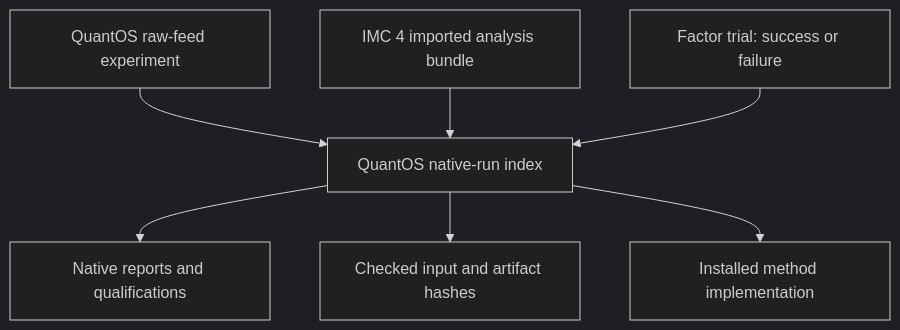
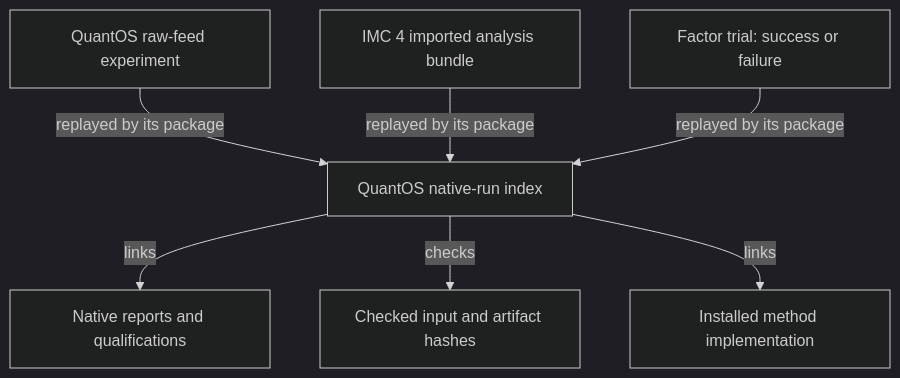
One commit to oscar-chw/agentic-quant-research changed the diagram in apps/quantos/docs/run-index.md. Above: the diagram before and after it, drawn with Mermaid (dark theme). The commit also changed 9 other files, not shown here.

Commit message:
docs: make diagrams legible at README width

````diff
--- a/apps/quantos/docs/run-index.md
+++ b/apps/quantos/docs/run-index.md
@@ -14,9 +14,9 @@
 ```mermaid
 flowchart TB
-    A[QuantOS raw-feed experiment] --> I[QuantOS native-run index]
-    C[IMC 4 imported analysis bundle] --> I
-    D[Factor trial: success or failure] --> I
-    I --> R[Native reports and qualifications]
-    I --> S[Checked input and artifact hashes]
-    I --> M[Installed method implementation]
+    A[QuantOS raw-feed experiment] -->|replayed by its package| I[QuantOS native-run index]
+    C[IMC 4 imported analysis bundle] -->|replayed by its package| I
+    D[Factor trial: success or failure] -->|replayed by its package| I
+    I -->|links| R[Native reports and qualifications]
+    I -->|checks| S[Checked input and artifact hashes]
+    I -->|links| M[Installed method implementation]
 ```
````
